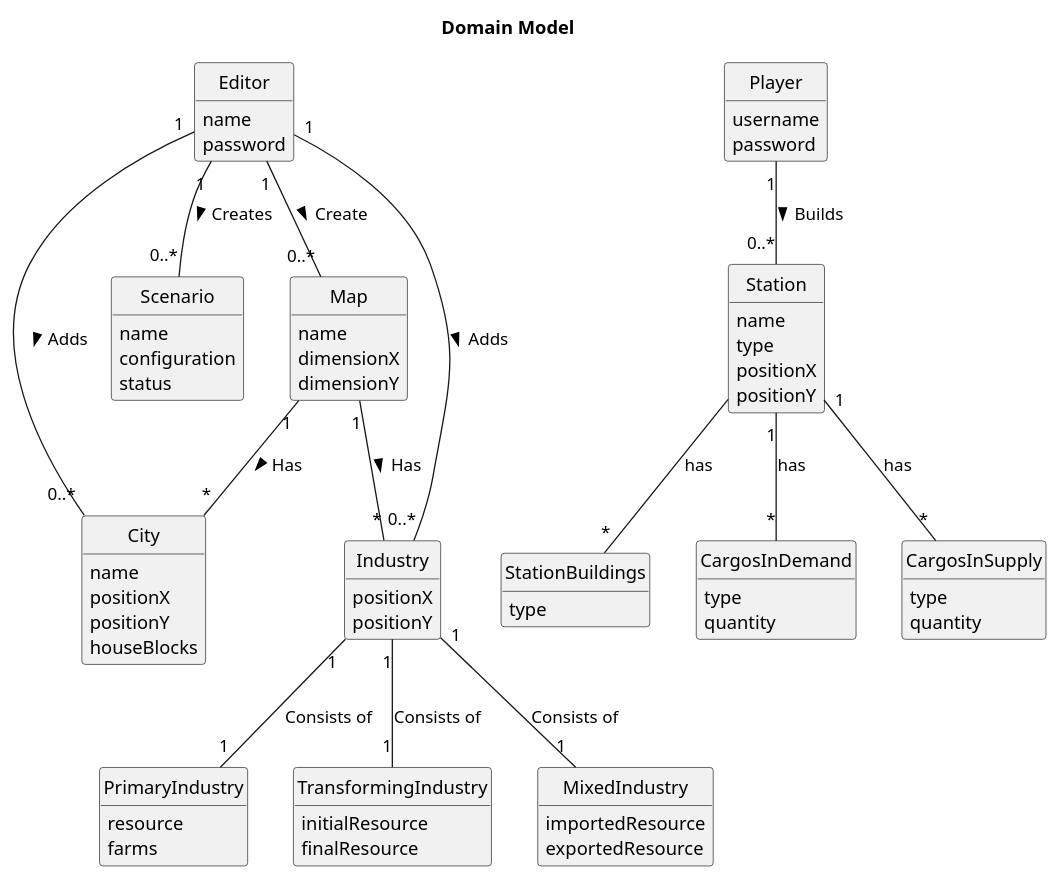
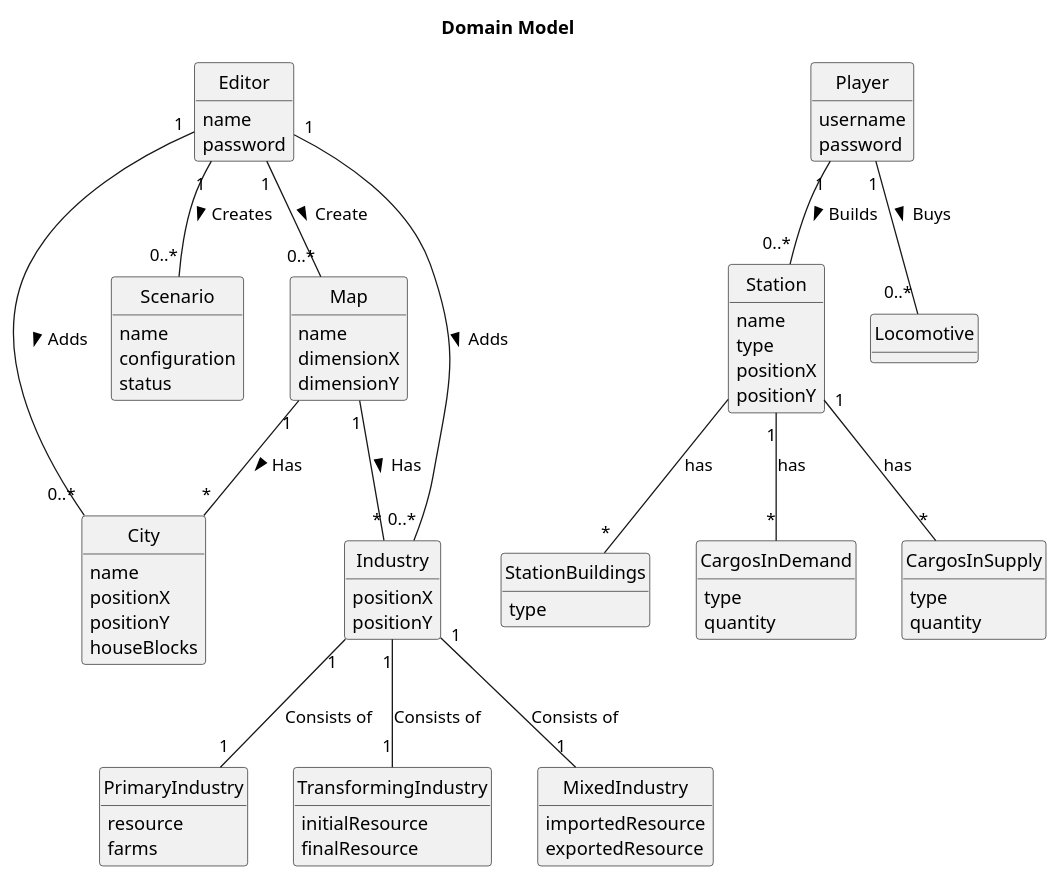
The diagram in docs/system-documentation/global-artifacts/02.analysis/puml/DM.puml (bruno-monteiro5/sem2-pi-24.25-g132-repo), drawn with PlantUML before and after one commit.

Commit message:
DM updated (Locomotive)

```diff
--- a/docs/system-documentation/global-artifacts/02.analysis/puml/DM.puml
+++ b/docs/system-documentation/global-artifacts/02.analysis/puml/DM.puml
@@ -1,100 +1,105 @@
 @startuml
 skinparam monochrome true
 skinparam packageStyle rectangle
 skinparam shadowing false
 'skinparam linetype ortho
 'left to right direction
 skinparam classAttributeIconSize 0
 hide circle
 hide methods
 title Domain Model
 
 class Editor {
 name
 password
 }
 
 class Map {
 name
 dimensionX
 dimensionY
  }
 
 class Scenario {
 name
 configuration
 status
 }
 
 
 class City {
 name
 positionX
 positionY
 houseBlocks
 }
 
 class Industry {
 positionX
 positionY
 }
 
 class PrimaryIndustry {
     resource
     farms
 }
 
 class TransformingIndustry {
     initialResource
     finalResource
 }
 
 class MixedIndustry {
     importedResource
     exportedResource
 }
 
 class Player {
     username
     password
 }
 
 class Station {
     name
     type
     positionX
     positionY
 }
 
 class StationBuildings {
     type
 }
 class CargosInDemand {
     type
     quantity
 }
 class CargosInSupply {
     type
     quantity
 }
 
+class Locomotive {
+}
+
 
 
 Editor "1" -- "0..*" Map : Create >
 Editor "1" -- "0..*" Industry : Adds >
 Editor "1" -- "0..*" City : Adds >
 Editor "1" -- "0..*" Scenario : Creates >
 
 Map "1" -- "*" Industry : Has >
 Map "1" -- "*" City : Has >
 
 Industry "1" -- "1" PrimaryIndustry : Consists of
 Industry "1" -- "1" TransformingIndustry : Consists of
 Industry "1" -- "1" MixedIndustry : Consists of
 
 Player "1" -- "0..*" Station : Builds >
+Player "1" -- "0..*" Locomotive : Buys >
 
 Station -- "*" StationBuildings : has
 Station "1" -- "*" CargosInDemand : has
 Station "1" -- "*" CargosInSupply : has
+
 @enduml
```
